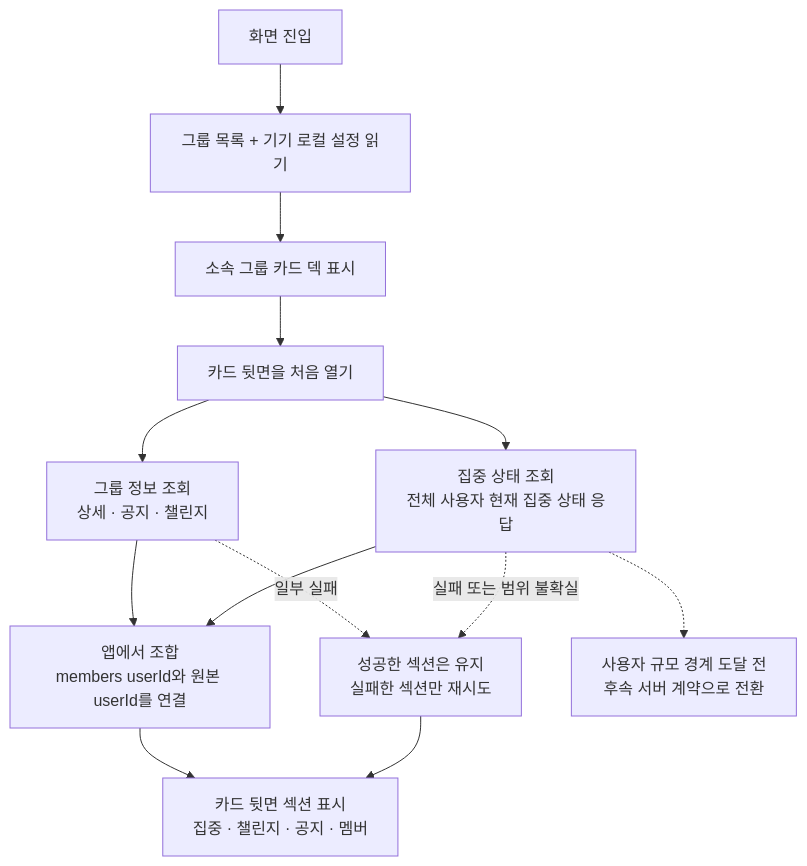
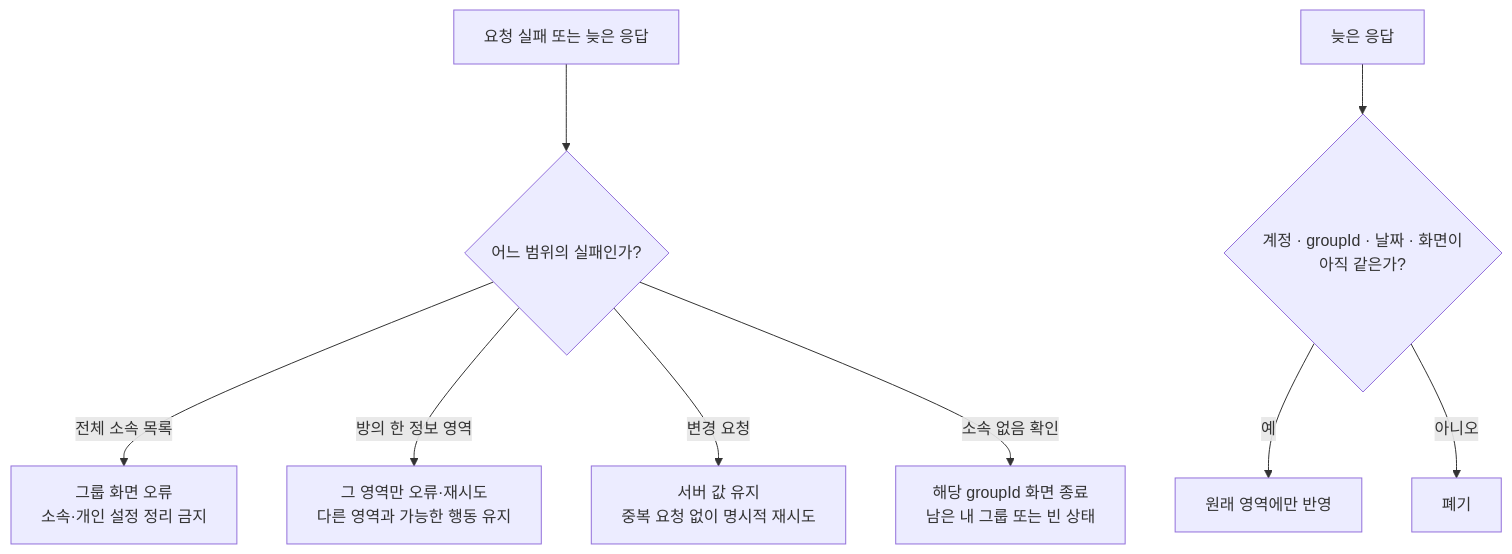
The fourth of 5 diagrams in docs/prd/group/high-level-design.md (OneOrThree/phone), drawn with Mermaid before and after one commit. The commit also changed other lines of this file and 17 other files, not shown here.

````diff
--- a/docs/prd/group/high-level-design.md
+++ b/docs/prd/group/high-level-design.md
@@ -224,19 +155,12 @@
 ```mermaid
 flowchart TD
-    ENTER["화면 진입"] --> INIT["그룹 목록 + 기기 로컬 설정 읽기"]
-    INIT --> DECK["소속 그룹 카드 덱 표시"]
-    DECK --> FLIP["카드 뒷면을 처음 열기"]
+    Failure["요청 실패 또는 늦은 응답"] --> Scope{"어느 범위의 실패인가?"}
+    Scope -->|전체 소속 목록| ListError["그룹 화면 오류<br/>소속·개인 설정 정리 금지"]
+    Scope -->|방의 한 정보 영역| SectionError["그 영역만 오류·재시도<br/>다른 영역과 가능한 행동 유지"]
+    Scope -->|변경 요청| MutationError["서버 값 유지<br/>중복 요청 없이 명시적 재시도"]
+    Scope -->|소속 없음 확인| MembershipGone["해당 groupId 화면 종료<br/>남은 내 그룹 또는 빈 상태"]
 
-    FLIP --> GROUPINFO["그룹 정보 조회<br/>상세 · 공지 · 챌린지"]
-    FLIP --> FOCUSING["집중 상태 조회<br/>전체 사용자 현재 집중 상태 응답"]
-
-    GROUPINFO --> COMPOSE["앱에서 조합<br/>members userId와 원본 userId를 연결"]
-    FOCUSING --> COMPOSE
-    COMPOSE --> DISPLAY["카드 뒷면 섹션 표시<br/>집중 · 챌린지 · 공지 · 멤버"]
-
-    GROUPINFO -.->|"일부 실패"| PARTIAL["성공한 섹션은 유지<br/>실패한 섹션만 재시도"]
-    FOCUSING -.->|"실패 또는 범위 불확실"| PARTIAL
-    PARTIAL --> DISPLAY
-
-    FOCUSING -.-> SCALE["사용자 규모 경계 도달 전<br/>후속 서버 계약으로 전환"]
+    Late["늦은 응답"] --> Guard{"계정 · groupId · 날짜 · 화면이<br/>아직 같은가?"}
+    Guard -->|예| Apply["원래 영역에만 반영"]
+    Guard -->|아니오| Discard["폐기"]
 ```
````
